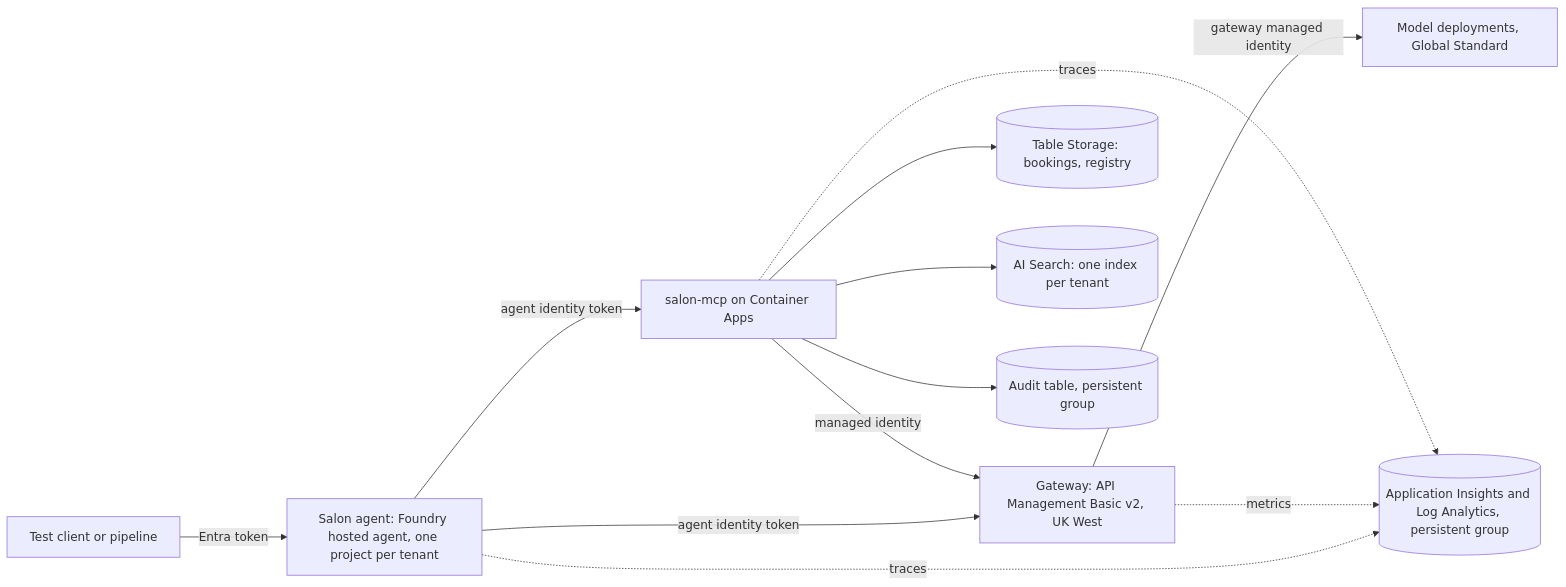
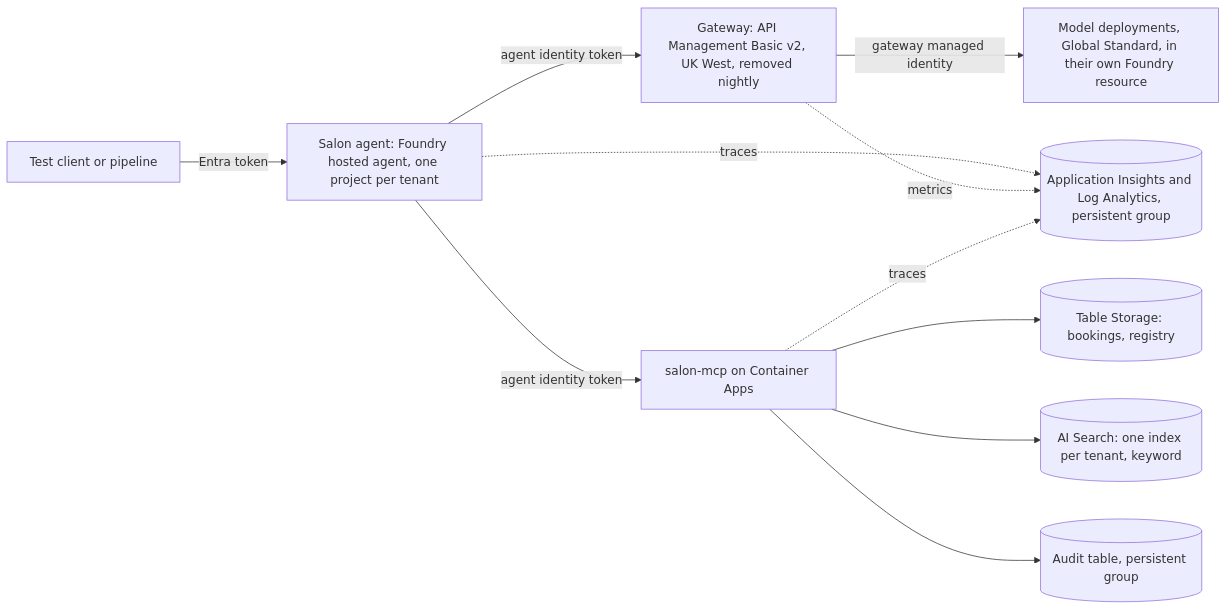
The diagram in docs/spec-phase-0-1.md (ranaidrees/MultiTenantAgentFactory), drawn with Mermaid before and after one commit. The commit also changed other lines of this file, not shown here.

````diff
--- a/docs/spec-phase-0-1.md
+++ b/docs/spec-phase-0-1.md
@@ -108,14 +149,13 @@
 ```mermaid
 flowchart LR
   caller[Test client or pipeline] -->|Entra token| agent[Salon agent: Foundry hosted agent, one project per tenant]
-  agent -->|agent identity token| gw[Gateway: API Management Basic v2, UK West]
-  gw -->|gateway managed identity| models[Model deployments, Global Standard]
+  agent -->|agent identity token| gw[Gateway: API Management Basic v2, UK West, removed nightly]
+  gw -->|gateway managed identity| models[Model deployments, Global Standard, in their own Foundry resource]
   agent -->|agent identity token| mcp[salon-mcp on Container Apps]
   mcp --> tables[(Table Storage: bookings, registry)]
-  mcp --> search[(AI Search: one index per tenant)]
+  mcp --> search[(AI Search: one index per tenant, keyword)]
   mcp --> audit[(Audit table, persistent group)]
-  mcp -->|managed identity| gw
   agent -. traces .-> logs[(Application Insights and Log Analytics, persistent group)]
   gw -. metrics .-> logs
   mcp -. traces .-> logs
 ```
````
